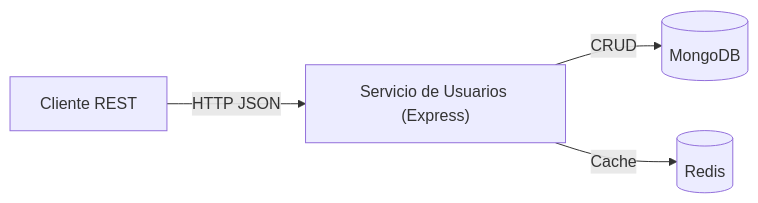
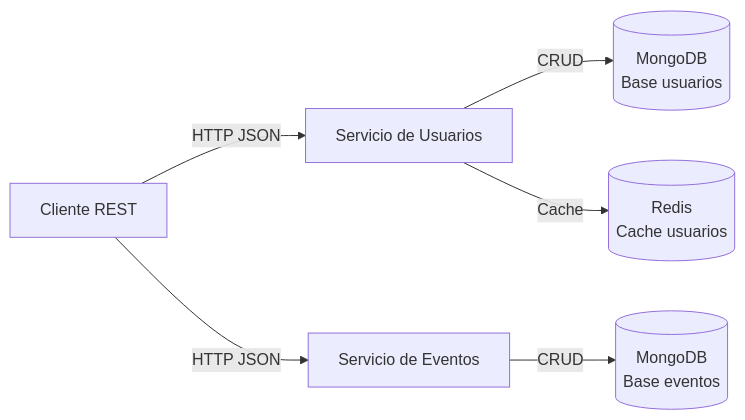
The first of 3 diagrams in README.md (diegopirazabal/tarea2nosql), drawn with Mermaid before and after one commit. The commit also changed other lines of this file and 11 other files, not shown here.

Commit message:
servicio de eventos y readme

````diff
--- a/README.md
+++ b/README.md
@@ -14,11 +14,15 @@
 ```mermaid
 graph LR
   Client["Cliente REST"]
-  UsersService["Servicio de Usuarios (Express)"]
-  MongoDB[(MongoDB)]
-  Redis[(Redis)]
+  UsersService["Servicio de Usuarios"]
+  EventsService["Servicio de Eventos"]
+  MongoUsers[(MongoDB<br>Base usuarios)]
+  MongoEvents[(MongoDB<br>Base eventos)]
+  Redis[(Redis<br>Cache usuarios)]
 
   Client -->|HTTP JSON| UsersService
-  UsersService -->|CRUD| MongoDB
+  Client -->|HTTP JSON| EventsService
+  UsersService -->|CRUD| MongoUsers
   UsersService -->|Cache| Redis
+  EventsService -->|CRUD| MongoEvents
 ```
````
